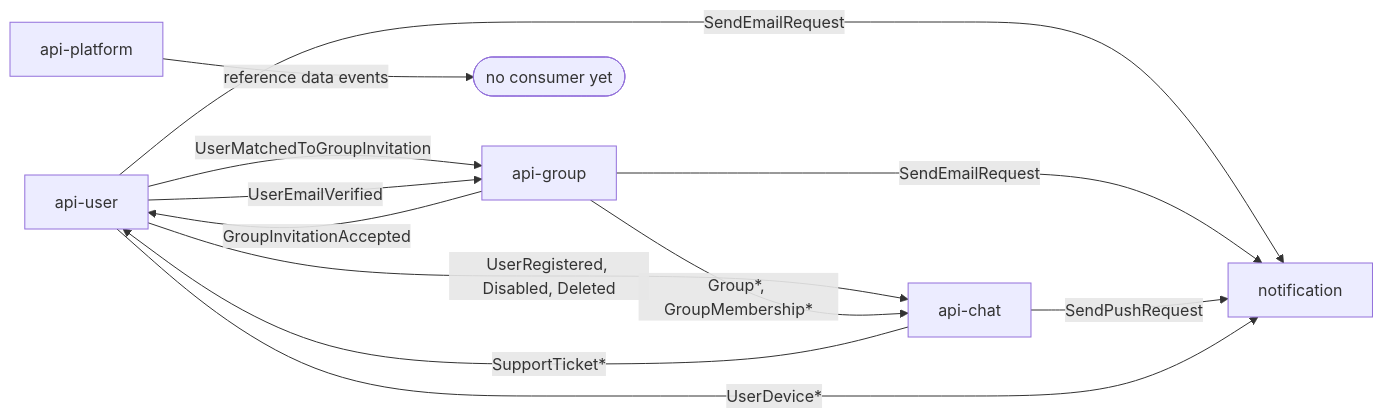
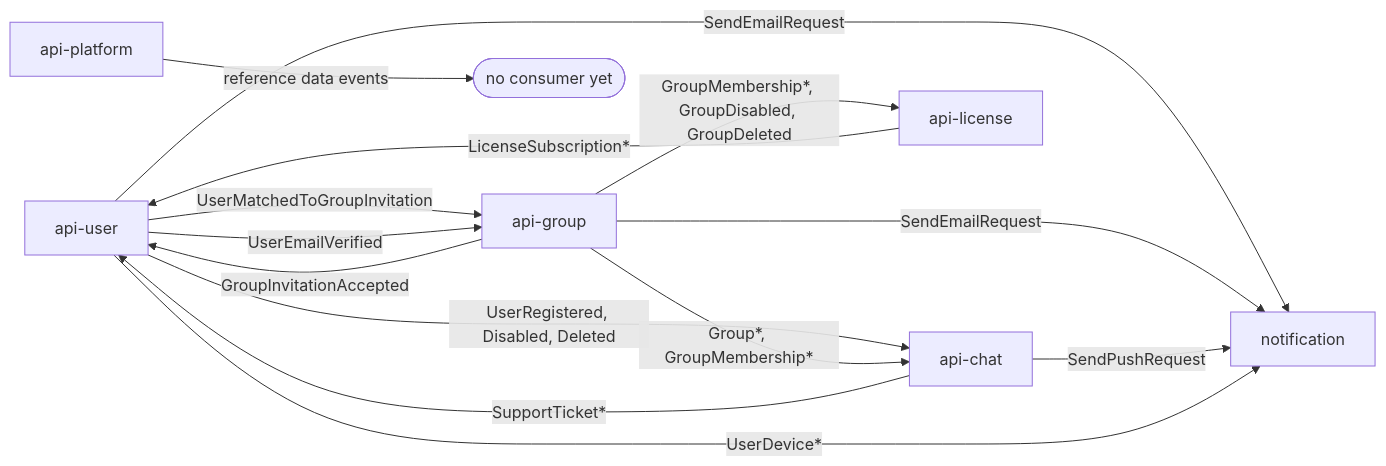
Before and after one commit to dragos-galeteanu/trip-huddle-backend: the second of 2 diagrams in amqp/docs/README.md, drawn with Mermaid. The commit also changed other lines of this file and 76 other files, not shown here.

````diff
--- a/amqp/docs/README.md
+++ b/amqp/docs/README.md
@@ -52,14 +54,16 @@
 ```mermaid
 flowchart LR
     U[api-user] -- SendEmailRequest --> N[notification]
     G[api-group] -- SendEmailRequest --> N
     G -- GroupInvitationAccepted --> U
     U -- UserMatchedToGroupInvitation --> G
     U -- UserEmailVerified --> G
     U -- "UserRegistered, Disabled, Deleted" --> CH[api-chat]
     G -- "Group*, GroupMembership*" --> CH
     CH -- SendPushRequest --> N
     CH -- "SupportTicket*" --> U
+    G -- "GroupMembership*, GroupDisabled, GroupDeleted" --> L[api-license]
+    L -- "LicenseSubscription*" --> U
     U -- "UserDevice*" --> N
     PL[api-platform] -- reference data events --> X([no consumer yet])
 ```
````
